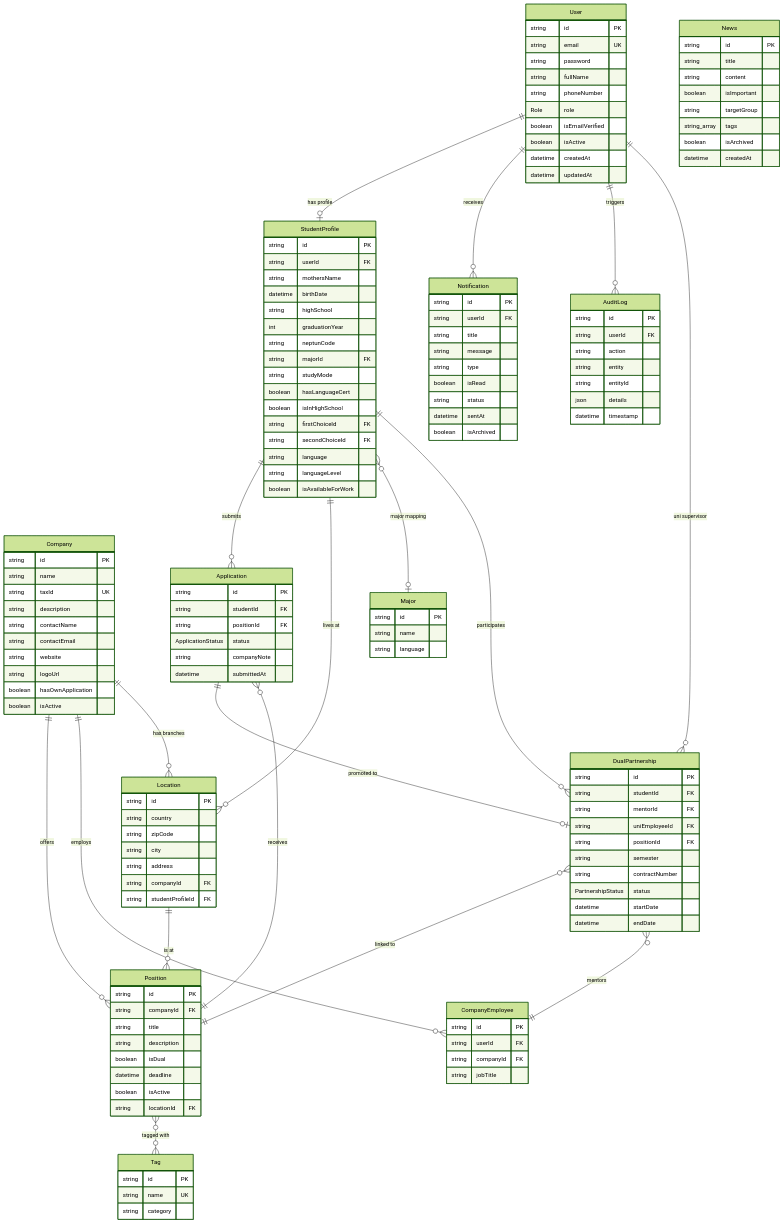
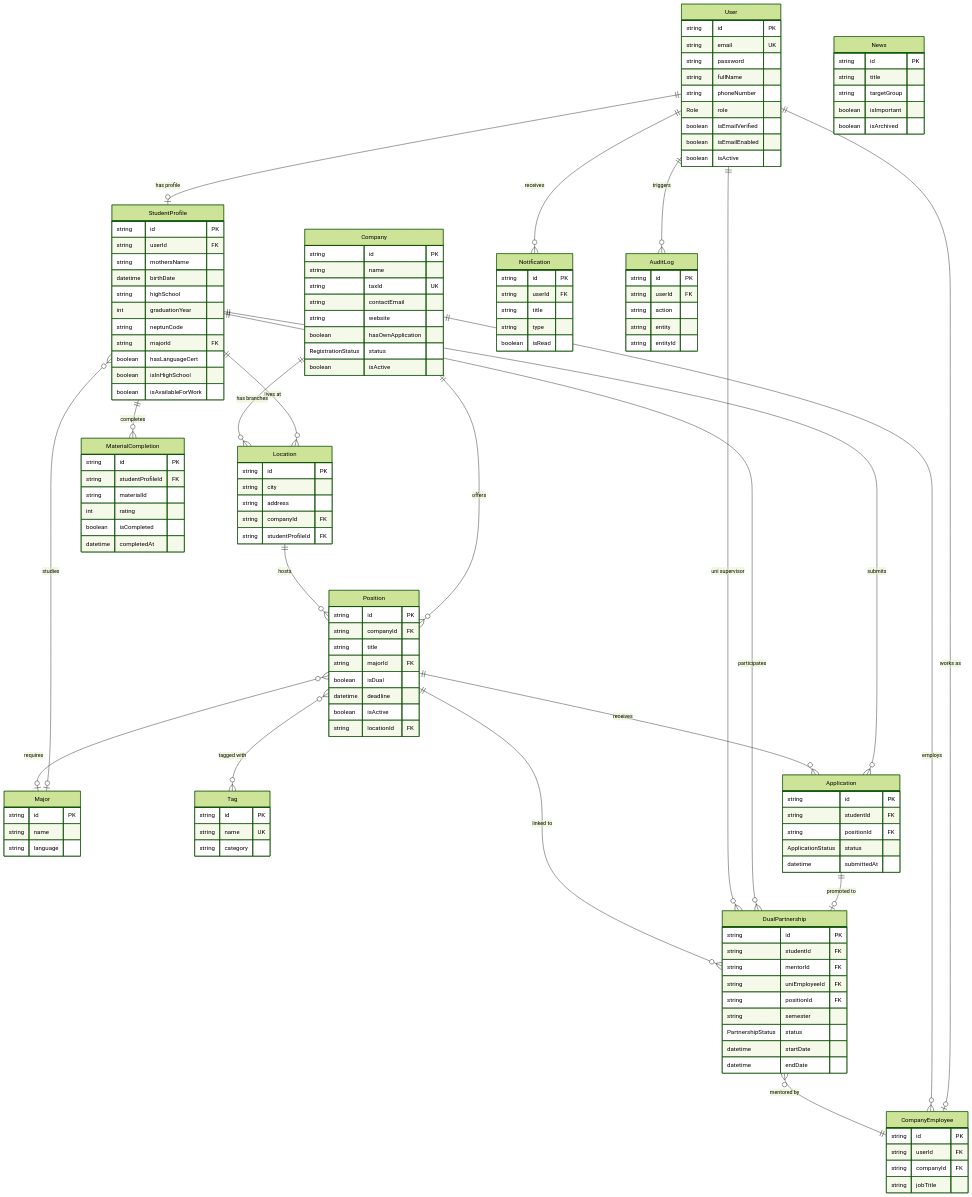
The first of 10 diagrams in backendreadme.md (myloo23/dual-kepzes-frontend), drawn with Mermaid (forest theme) before and after one commit. The commit also changed other lines of this file and 3 other files, not shown here.

````diff
--- a/backendreadme.md
+++ b/backendreadme.md
@@ -162,9 +171,8 @@
         string phoneNumber
         Role role
         boolean isEmailVerified
+        boolean isEmailEnabled
         boolean isActive
-        datetime createdAt
-        datetime updatedAt
     }
     StudentProfile {
         string id PK
@@ -175,25 +183,23 @@
         int graduationYear
         string neptunCode
         string majorId FK
-        string studyMode
         boolean hasLanguageCert
         boolean isInHighSchool
-        string firstChoiceId FK
-        string secondChoiceId FK
+        boolean isAvailableForWork
+    }
+    Major {
+        string id PK
+        string name
         string language
-        string languageLevel
-        boolean isAvailableForWork
     }
     Company {
         string id PK
         string name
         string taxId UK
-        string description
-        string contactName
         string contactEmail
         string website
-        string logoUrl
         boolean hasOwnApplication
+        RegistrationStatus status
         boolean isActive
     }
     CompanyEmployee {
@@ -204,8 +210,6 @@
     }
     Location {
         string id PK
-        string country
-        string zipCode
         string city
         string address
         string companyId FK
@@ -215,7 +219,7 @@
         string id PK
         string companyId FK
         string title
-        string description
+        string majorId FK
         boolean isDual
         datetime deadline
         boolean isActive
@@ -231,7 +235,6 @@
         string studentId FK
         string positionId FK
         ApplicationStatus status
-        string companyNote
         datetime submittedAt
     }
     DualPartnership {
@@ -241,7 +244,6 @@
         string uniEmployeeId FK
         string positionId FK
         string semester
-        string contractNumber
         PartnershipStatus status
         datetime startDate
         datetime endDate
@@ -250,12 +252,8 @@
         string id PK
         string userId FK
         string title
-        string message
         string type
         boolean isRead
-        string status
-        datetime sentAt
-        boolean isArchived
     }
     AuditLog {
         string id PK
@@ -263,48 +261,41 @@
         string action
         string entity
         string entityId
-        json details
-        datetime timestamp
     }
     News {
         string id PK
         string title
-        string content
+        string targetGroup
         boolean isImportant
-        string targetGroup
-        string_array tags
         boolean isArchived
-        datetime createdAt
     }
-    Major {
+    MaterialCompletion {
         string id PK
-        string name
-        string language
+        string studentProfileId FK
+        string materialId
+        int rating
+        boolean isCompleted
+        datetime completedAt
     }
 
-    %% Mag / Fő folyamat (Center)
-    StudentProfile ||--o{ Application : "submits"
-    Position ||--o{ Application : "receives"
-    Application ||--o| DualPartnership : "promoted to"
-
-    %% Felhasználói oldal (Left/Top)
     User ||--o| StudentProfile : "has profile"
+    User ||--o| CompanyEmployee : "works as"
     User ||--o{ Notification : "receives"
     User ||--o{ AuditLog : "triggers"
-
-    %% Céges oldal (Right/Bottom)
+    StudentProfile }o--o| Major : "studies"
+    StudentProfile ||--o{ Location : "lives at"
+    StudentProfile ||--o{ Application : "submits"
+    Company ||--o{ CompanyEmployee : "employs"
     Company ||--o{ Position : "offers"
-    Company ||--o{ CompanyEmployee : "employs"
-    Location ||--o{ Position : "is at"
-
-    %% Összekötő és kiegészítő adatok
+    Company ||--o{ Location : "has branches"
+    Position }o--o| Major : "requires"
+    Position }o--o{ Tag : "tagged with"
+    Position ||--o{ Application : "receives"
+    Location ||--o{ Position : "hosts"
+    Application ||--o| DualPartnership : "promoted to"
     DualPartnership }o--|| StudentProfile : "participates"
+    DualPartnership }o--|| CompanyEmployee : "mentored by"
+    DualPartnership }o--|| User : "uni supervisor"
     DualPartnership }o--|| Position : "linked to"
-    DualPartnership }o--|| CompanyEmployee : "mentors"
-    DualPartnership }o--|| User : "uni supervisor"
-
-    Company ||--o{ Location : "has branches"
-    StudentProfile ||--o{ Location : "lives at"
-    StudentProfile }o--o| Major : "major mapping"
-    Position }o--o{ Tag : "tagged with"
+    StudentProfile ||--o{ MaterialCompletion : "completes"
 ```
````
